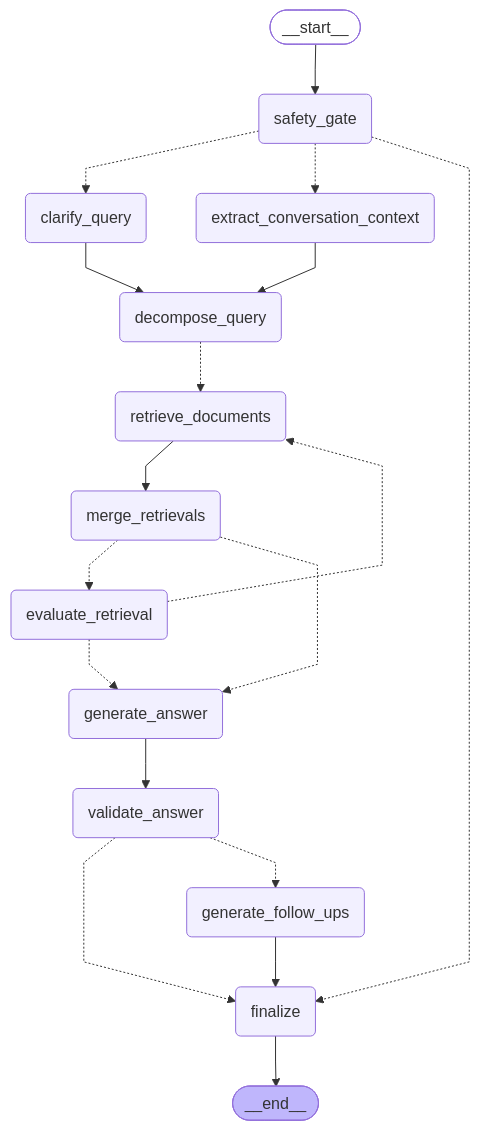
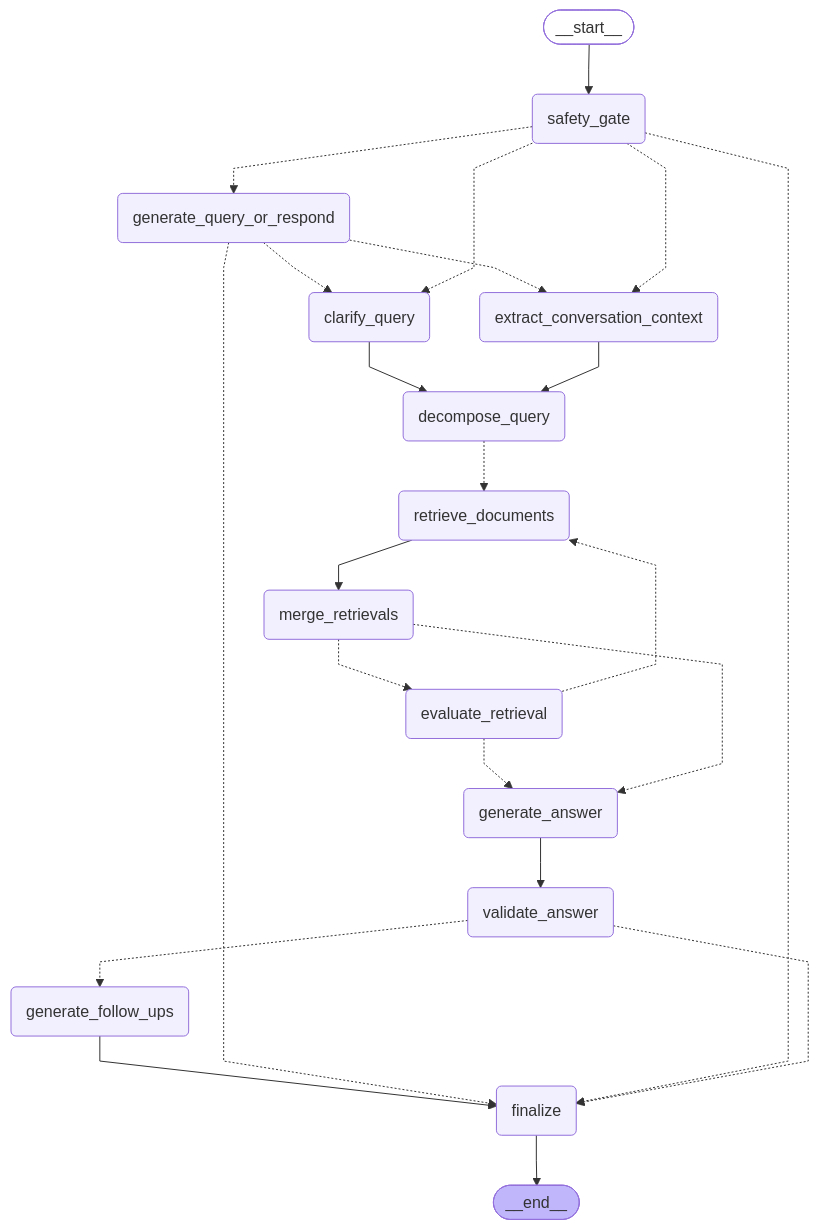
One commit to siddicky/healthcare-rag-langgraph changed the diagram in docs/graph.mmd. Above: the diagram before and after it, drawn with Mermaid. The commit also changed 15 other files, not shown here.

Commit message:
feat(graph): integrate privacy-safe direct responses

```diff
--- a/docs/graph.mmd
+++ b/docs/graph.mmd
@@ -1,39 +1,44 @@
 ---
 config:
   flowchart:
     curve: linear
 ---
 graph TD;
 	__start__([<p>__start__</p>]):::first
 	safety_gate(safety_gate)
+	generate_query_or_respond(generate_query_or_respond)
 	finalize(finalize)
 	clarify_query(clarify_query)
 	extract_conversation_context(extract_conversation_context)
 	decompose_query(decompose_query)
 	retrieve_documents(retrieve_documents)
 	merge_retrievals(merge_retrievals)
 	evaluate_retrieval(evaluate_retrieval)
 	generate_answer(generate_answer)
 	validate_answer(validate_answer)
 	generate_follow_ups(generate_follow_ups)
 	__end__([<p>__end__</p>]):::last
 	__start__ --> safety_gate;
 	clarify_query --> decompose_query;
 	decompose_query -.-> retrieve_documents;
 	evaluate_retrieval -.-> generate_answer;
 	evaluate_retrieval -.-> retrieve_documents;
 	extract_conversation_context --> decompose_query;
 	generate_answer --> validate_answer;
 	generate_follow_ups --> finalize;
+	generate_query_or_respond -.-> clarify_query;
+	generate_query_or_respond -.-> extract_conversation_context;
+	generate_query_or_respond -.-> finalize;
 	merge_retrievals -.-> evaluate_retrieval;
 	merge_retrievals -.-> generate_answer;
 	retrieve_documents --> merge_retrievals;
 	safety_gate -.-> clarify_query;
 	safety_gate -.-> extract_conversation_context;
 	safety_gate -.-> finalize;
+	safety_gate -.-> generate_query_or_respond;
 	validate_answer -.-> finalize;
 	validate_answer -.-> generate_follow_ups;
 	finalize --> __end__;
 	classDef default fill:#f2f0ff,line-height:1.2
 	classDef first fill-opacity:0
 	classDef last fill:#bfb6fc
```
